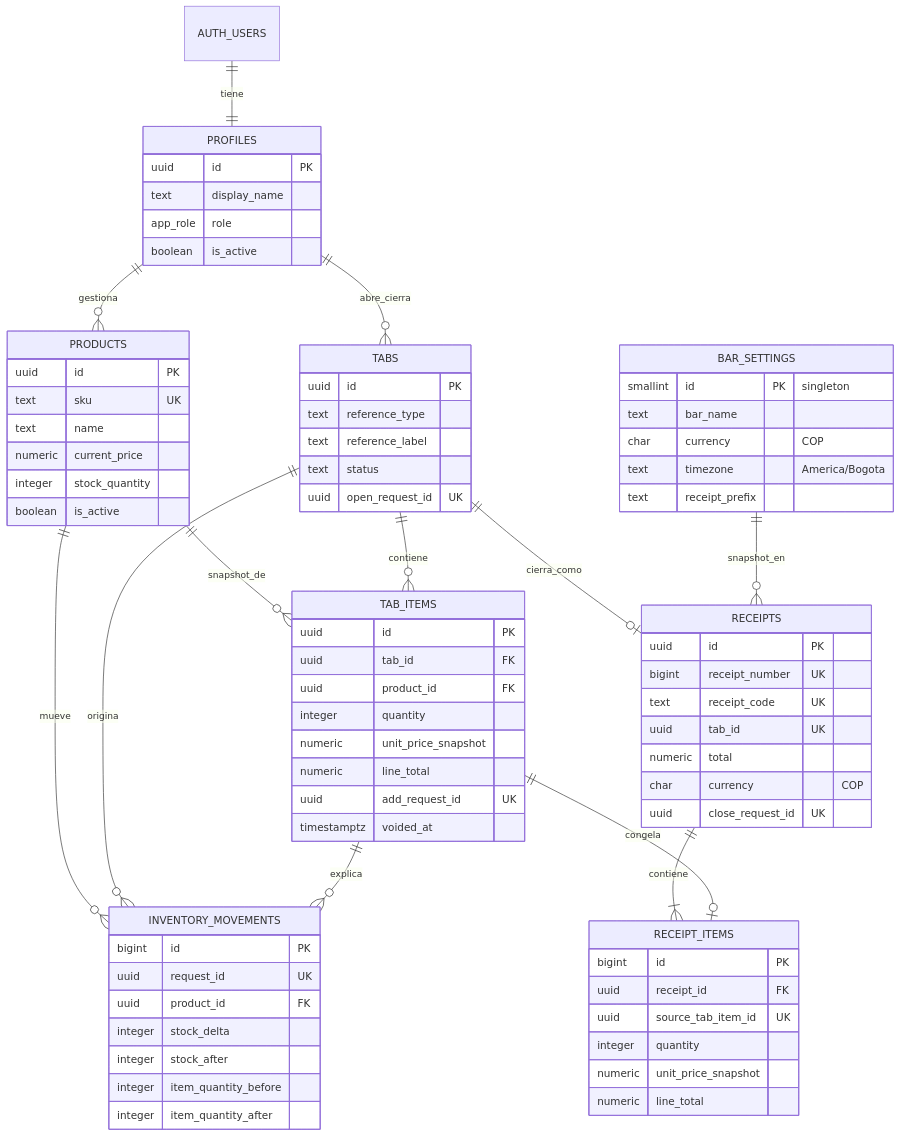
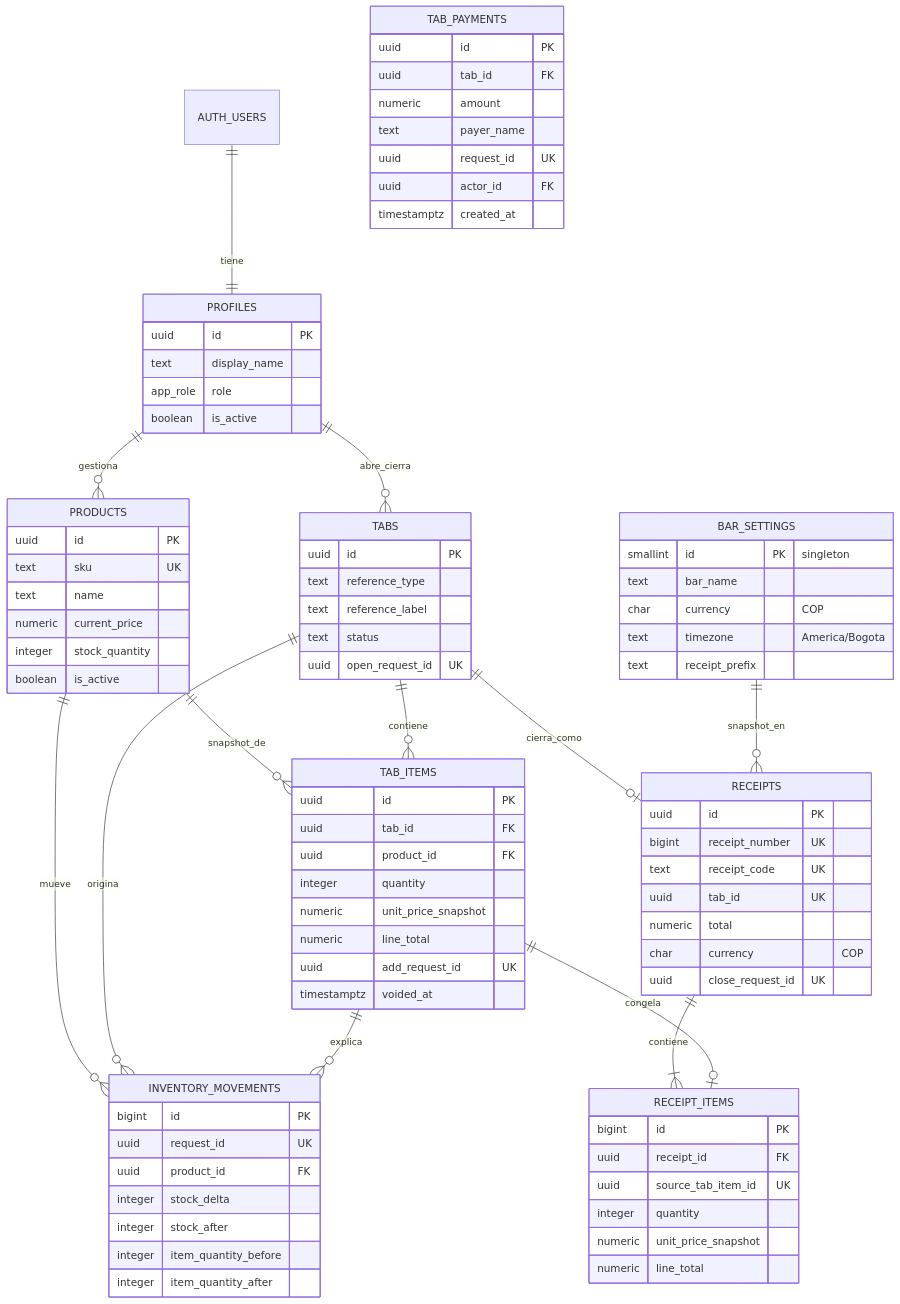
Before and after one commit to SebastianCl/bar: the second of 2 diagrams in docs/architecture.md, drawn with Mermaid. The commit also changed other lines of this file and 9 other files, not shown here.

Commit message:
Agregar funcionalidad de abonos a cuentas, incluyendo la creación de la tabla `tab_payments`, la implementación de la lógica para registrar abonos y la actualización de la interfaz de usuario para mostrar el historial de abonos.

```diff
--- a/docs/architecture.md
+++ b/docs/architecture.md
@@ -91,6 +91,15 @@
     char currency "COP"
     uuid close_request_id UK
   }
+  TAB_PAYMENTS {
+    uuid id PK
+    uuid tab_id FK
+    numeric amount
+    text payer_name
+    uuid request_id UK
+    uuid actor_id FK
+    timestamptz created_at
+  }
   RECEIPT_ITEMS {
     bigint id PK
     uuid receipt_id FK
```
